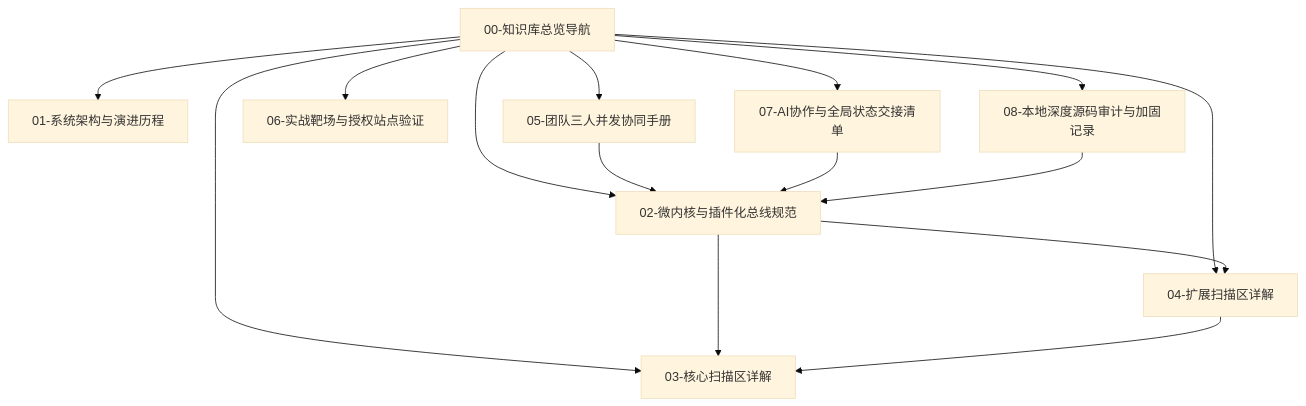
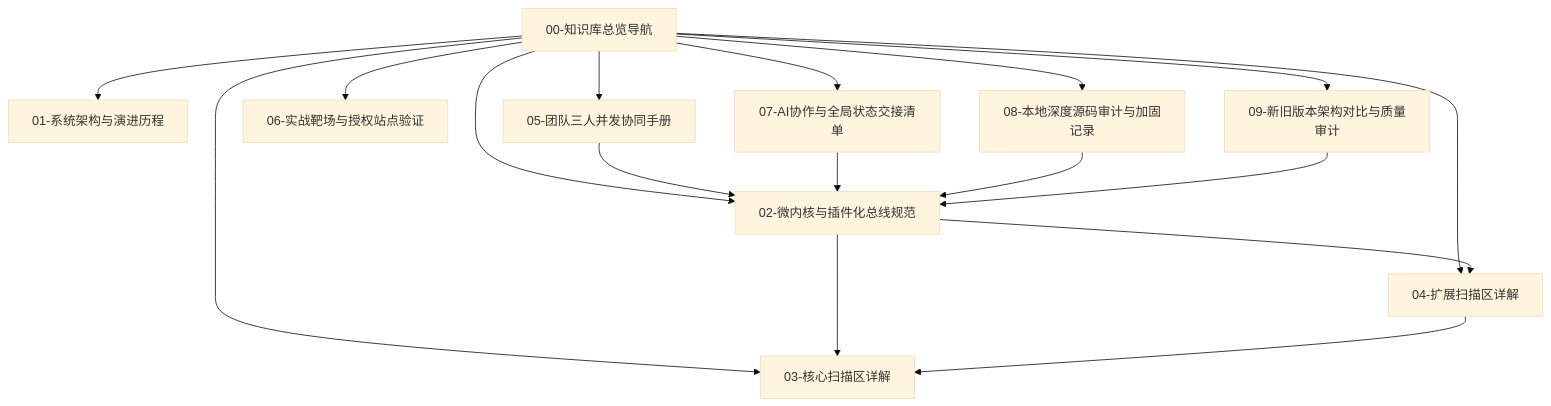
The diagram in obsidian/00-🧭_项目总览与知识库导航.md (xwbgit/-), drawn with Mermaid (base theme) before and after one commit. The commit also changed other lines of this file and 2 other files, not shown here.

Commit message:
docs(obsidian): add version comparison and quality audit document (09-Version_Comparison.md)

````diff
--- a/obsidian/00-🧭_项目总览与知识库导航.md
+++ b/obsidian/00-🧭_项目总览与知识库导航.md
@@ -18,18 +18,20 @@
 ```mermaid
 graph TD
     A[00-知识库总览导航] --> B[01-系统架构与演进历程]
     A --> C[02-微内核与插件化总线规范]
     A --> D[03-核心扫描区详解]
     A --> E[04-扩展扫描区详解]
     A --> F[05-团队三人并发协同手册]
     A --> G[06-实战靶场与授权站点验证]
     A --> H[07-AI协作与全局状态交接清单]
     A --> I[08-本地深度源码审计与加固记录]
+    A --> J[09-新旧版本架构对比与质量审计]
     
     C --> D
     C --> E
     E --> D
     F --> C
     H --> C
     I --> C
+    J --> C
 ```
````
